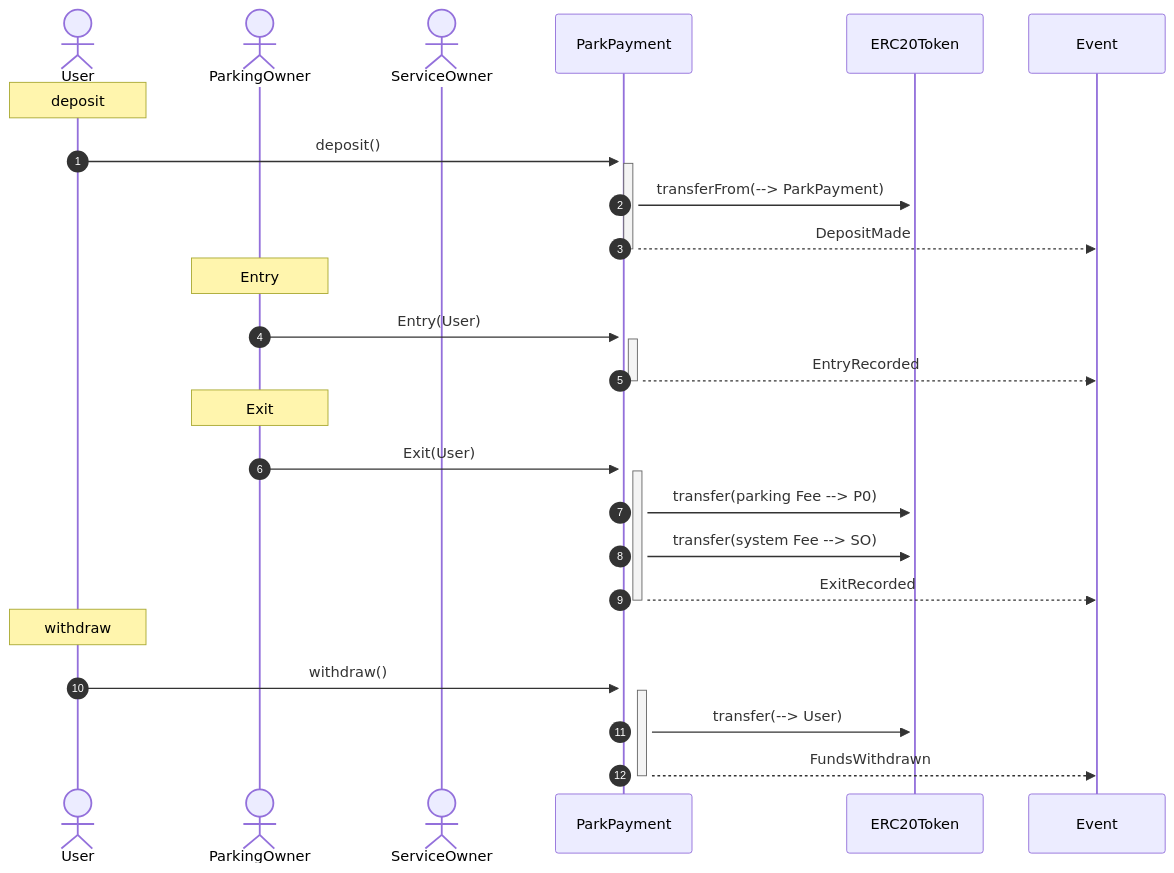
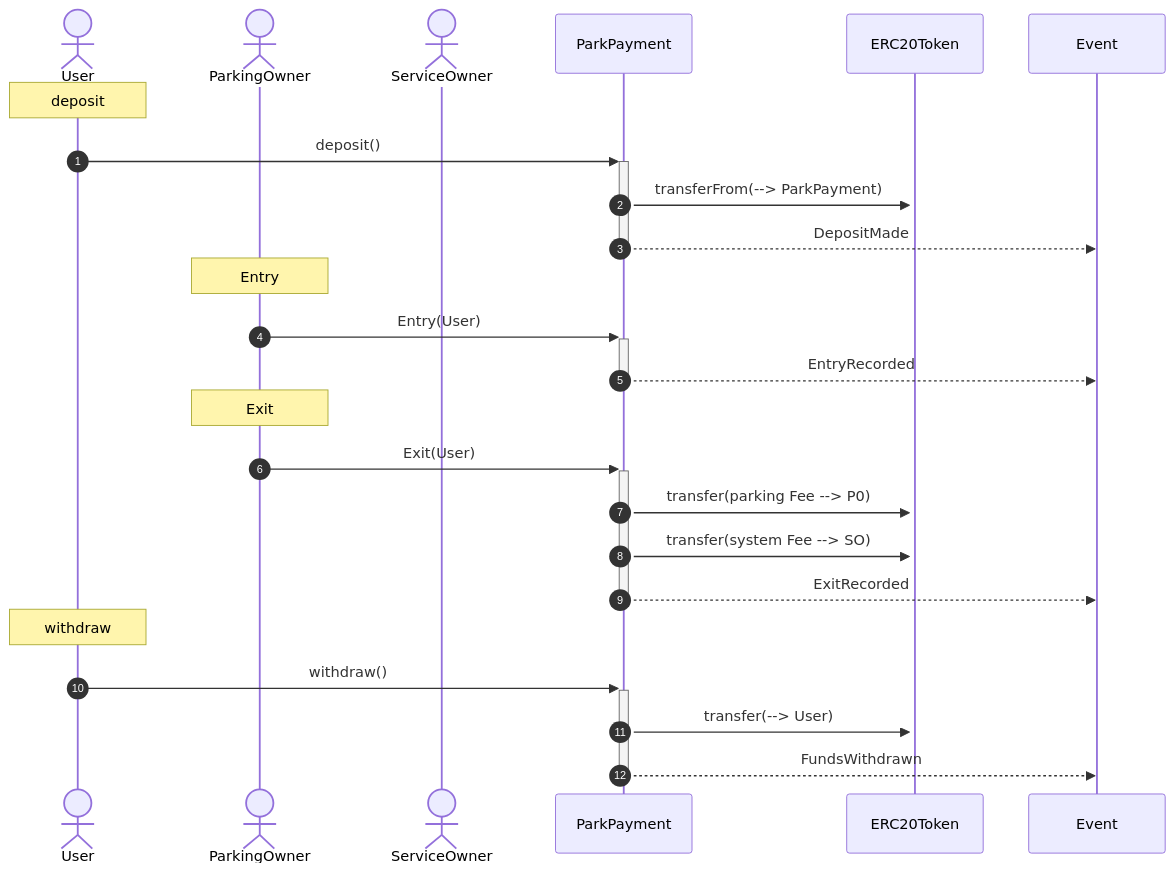
One commit to mahiroaug/ParkingPayment changed the first of 2 diagrams in README.md. Above: the diagram before and after it, drawn with Mermaid. The commit also changed other lines of this file, not shown here.

Commit message:
Fix Flow Chart.

````diff
--- a/README.md
+++ b/README.md
@@ -67,39 +67,27 @@
 ```mermaid
 sequenceDiagram
-    autonumber
-    actor User
-    actor PO as ParkingOwner
-    actor ServiceOwner as ServiceOwner
-    participant PP as ParkPayment
-    participant Token as ERC20Token
-    participant Event
+  actor User as User
+  actor PO as ParkingOwner
+  actor ServiceOwner as ServiceOwner
+  participant PP as ParkPayment
+  participant Token as ERC20Token
+  participant Event as Event
 
-    Note over User: deposit
-
-    User->>+PP: deposit()
-    activate PP
-    PP->>+Token: transferFrom(--> ParkPayment)
-
-    PP-->>-Event: DepositMade
-
-    Note over PO: Entry
-
-    PO->>+PP: Entry(User)
-    activate PP
-    PP-->>-Event: EntryRecorded
-
-    Note over PO: Exit
-
-    PO->>+PP: Exit(User)
-    activate PP
-    PP->>+Token: transfer(parking Fee --> P0)
-    PP->>+Token: transfer(system Fee --> SO)
-    PP-->>-Event: ExitRecorded
-
-    Note over User: withdraw
-
-    User->>+PP: withdraw()
-    activate PP
-    PP->>+Token: transfer(--> User)
-    PP-->>-Event: FundsWithdrawn
+  autonumber
+  Note over User: deposit
+  User ->>+ PP: deposit()
+  PP ->>+ Token: transferFrom(--> ParkPayment)
+  PP -->>- Event: DepositMade
+  Note over PO: Entry
+  PO ->>+ PP: Entry(User)
+  PP -->>- Event: EntryRecorded
+  Note over PO: Exit
+  PO ->>+ PP: Exit(User)
+  PP ->>+ Token: transfer(parking Fee --> P0)
+  PP ->>+ Token: transfer(system Fee --> SO)
+  PP -->>- Event: ExitRecorded
+  Note over User: withdraw
+  User ->>+ PP: withdraw()
+  PP ->>+ Token: transfer(--> User)
+  PP -->>- Event: FundsWithdrawn
 ```
````
